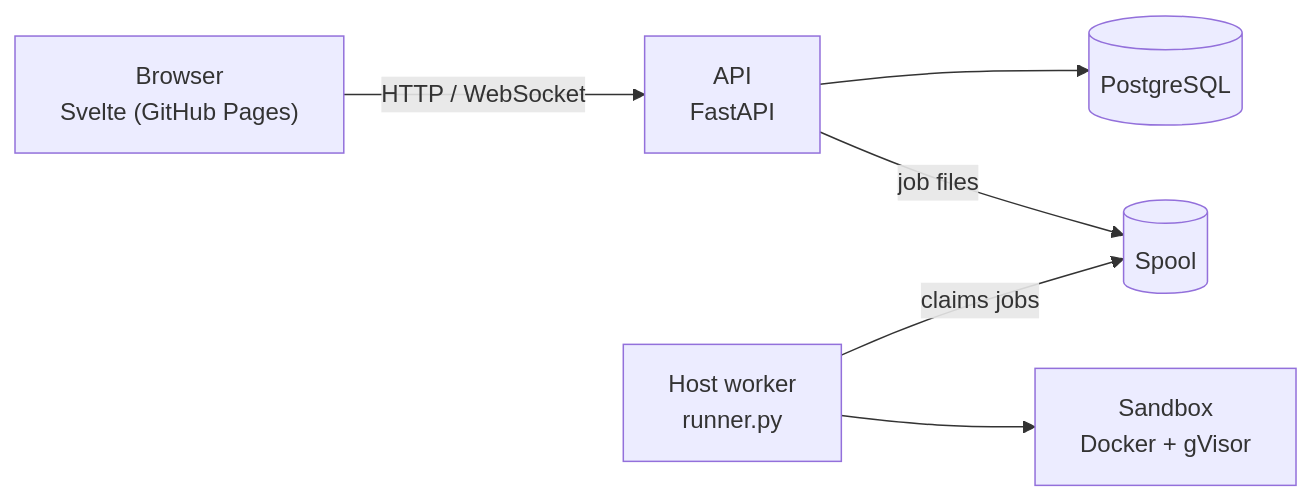
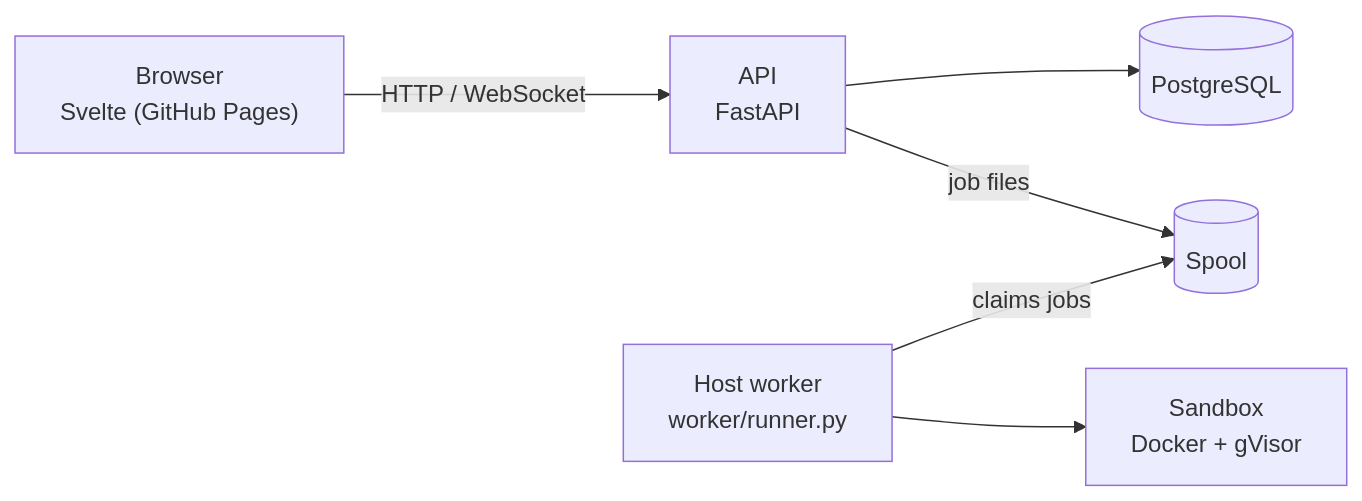
Before and after one commit to Vianpyro/ctester: the diagram in README.md, drawn with Mermaid. The commit also changed other lines of this file and 20 other files, not shown here.

````diff
--- a/README.md
+++ b/README.md
@@ -18,15 +18,15 @@
 ```mermaid
 flowchart LR
     B["Browser<br/>Svelte (GitHub Pages)"]
     A["API<br/>FastAPI"]
     Q[("Spool")]
-    W["Host worker<br/>runner.py"]
+    W["Host worker<br/>worker/runner.py"]
     S["Sandbox<br/>Docker + gVisor"]
     DB[("PostgreSQL")]
 
     B -->|HTTP / WebSocket| A
     A --> DB
     A -->|job files| Q
     W -->|claims jobs| Q
     W --> S
 ```
````
